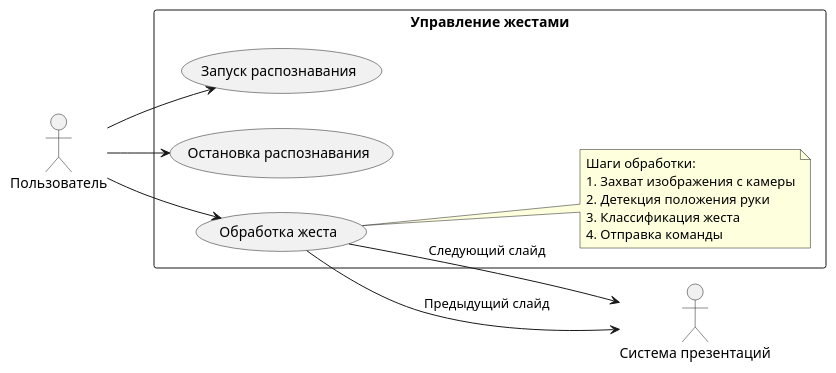
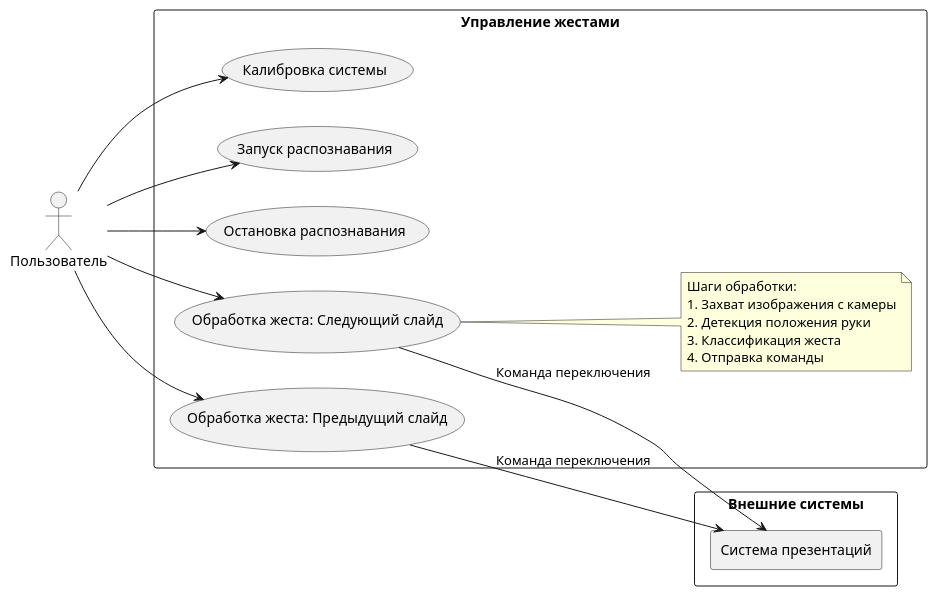
One commit to MarinaVasilevaIVT/uml_diagrams_for_vkr changed the first of 5 diagrams in README.md. Above: the diagram before and after it, drawn with PlantUML. The commit also changed other lines of this file, not shown here.

````diff
--- a/README.md
+++ b/README.md
@@ -7,28 +7,34 @@
 ```uml
 @startuml
 left to right direction
 actor "Пользователь" as user
-actor "Система презентаций" as ppt
+rectangle "Внешние системы" as external {
+  rectangle "Система презентаций" as ppt
+}
 
 rectangle "Управление жестами" {
+  usecase "Калибровка системы" as calibrate
   usecase "Запуск распознавания" as start
   usecase "Остановка распознавания" as stop
-  usecase "Обработка жеста" as process
+  usecase "Обработка жеста: Следующий слайд" as next
+  usecase "Обработка жеста: Предыдущий слайд" as prev
   
+  user --> calibrate
   user --> start
   user --> stop
-  user --> process
+  user --> next
+  user --> prev
 
-  process --> ppt : "Следующий слайд"
-  process --> ppt : "Предыдущий слайд"
+  next --> ppt : "Команда переключения"
+  prev --> ppt : "Команда переключения"
   
-  note right of process 
+  note right of next 
     Шаги обработки:
     1. Захват изображения с камеры
     2. Детекция положения руки
     3. Классификация жеста
     4. Отправка команды
   end note
 }
 @enduml
 ```
````
